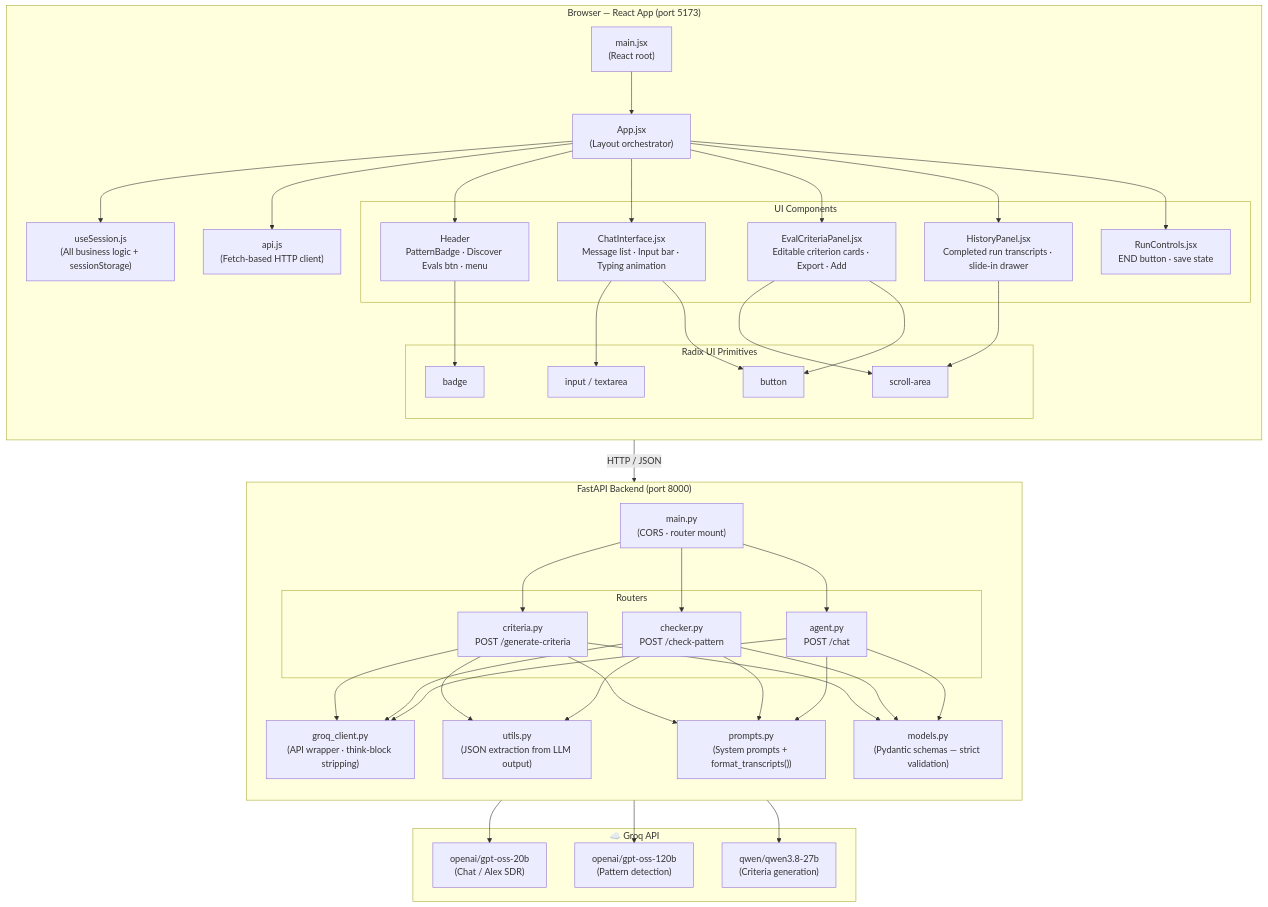
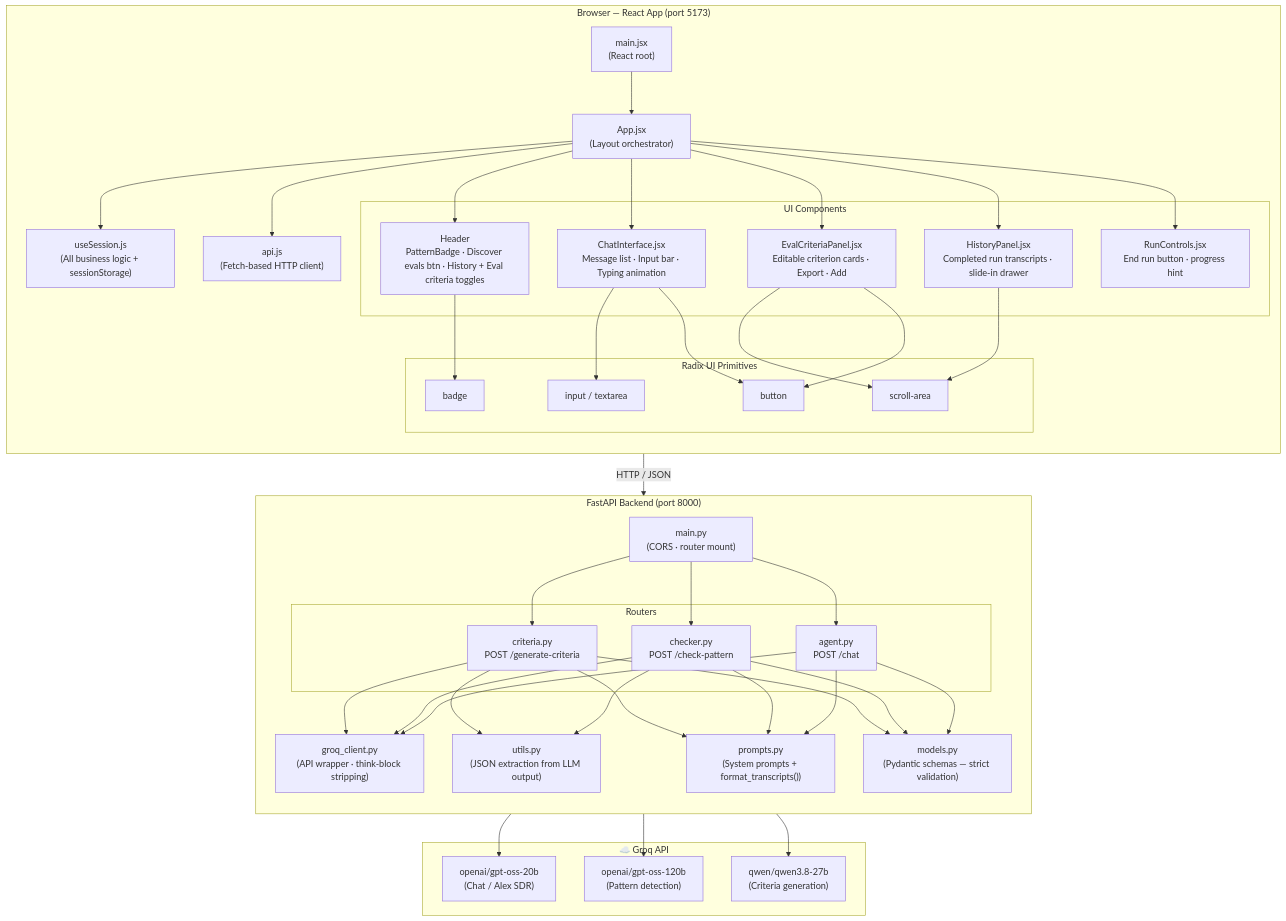
One commit to harikrshm/Eval-Discovery changed the third of 4 diagrams in docs/ARCHITECTURE.md. Above: the diagram before and after it, drawn with Mermaid. The commit also changed other lines of this file and 12 other files, not shown here.

````diff
--- a/docs/ARCHITECTURE.md
+++ b/docs/ARCHITECTURE.md
@@ -133,82 +133,82 @@
 ```mermaid
 graph TB
     subgraph Browser["Browser — React App (port 5173)"]
         direction TB
         Main["main.jsx<br/>(React root)"]
         App["App.jsx<br/>(Layout orchestrator)"]
         Hook["useSession.js<br/>(All business logic + sessionStorage)"]
         ApiClient["api.js<br/>(Fetch-based HTTP client)"]
 
         subgraph Components["UI Components"]
-            Header["Header<br/>PatternBadge · Discover Evals btn · menu"]
+            Header["Header<br/>PatternBadge · Discover evals btn · History + Eval criteria toggles"]
             Chat["ChatInterface.jsx<br/>Message list · Input bar · Typing animation"]
             Eval["EvalCriteriaPanel.jsx<br/>Editable criterion cards · Export · Add"]
             History["HistoryPanel.jsx<br/>Completed run transcripts · slide-in drawer"]
-            Controls["RunControls.jsx<br/>END button · save state"]
+            Controls["RunControls.jsx<br/>End run button · progress hint"]
         end
 
         subgraph RadixUI["Radix UI Primitives"]
             UIButton["button"]
             UIInput["input / textarea"]
             UIBadge["badge"]
             UIScroll["scroll-area"]
         end
 
         Main --> App
         App --> Hook
         App --> ApiClient
         App --> Header
         App --> Chat
         App --> Eval
         App --> History
         App --> Controls
         Header --> UIBadge
         Chat --> UIInput
         Chat --> UIButton
         Eval --> UIScroll
         Eval --> UIButton
         History --> UIScroll
     end
 
     subgraph BackendAPI["FastAPI Backend (port 8000)"]
         direction TB
         FastAPI["main.py<br/>(CORS · router mount)"]
 
         subgraph Routers["Routers"]
             AgentRouter["agent.py<br/>POST /chat"]
             CheckerRouter["checker.py<br/>POST /check-pattern"]
             CriteriaRouter["criteria.py<br/>POST /generate-criteria"]
         end
 
         Models["models.py<br/>(Pydantic schemas — strict validation)"]
         Prompts["prompts.py<br/>(System prompts + format_transcripts())"]
         GroqClient["groq_client.py<br/>(API wrapper · think-block stripping)"]
         Utils["utils.py<br/>(JSON extraction from LLM output)"]
 
         FastAPI --> AgentRouter
         FastAPI --> CheckerRouter
         FastAPI --> CriteriaRouter
         AgentRouter --> GroqClient
         CheckerRouter --> GroqClient
         CheckerRouter --> Utils
         CriteriaRouter --> GroqClient
         CriteriaRouter --> Utils
         AgentRouter --> Prompts
         CheckerRouter --> Prompts
         CriteriaRouter --> Prompts
         AgentRouter --> Models
         CheckerRouter --> Models
         CriteriaRouter --> Models
     end
 
     subgraph GroqAPI["☁️ Groq API"]
         Llama["openai/gpt-oss-20b<br/>(Chat / Alex SDR)"]
         GPT["openai/gpt-oss-120b<br/>(Pattern detection)"]
         Qwen["qwen/qwen3.8-27b<br/>(Criteria generation)"]
     end
 
     ApiClient -->|"HTTP / JSON"| FastAPI
     GroqClient --> Llama
     GroqClient --> GPT
     GroqClient --> Qwen
 ```
````
